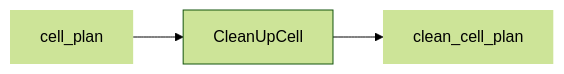
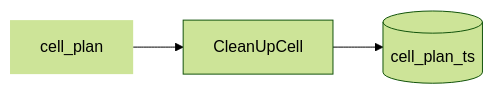
The fifth of 14 diagrams in README.md (djvanderlaan/pipeline), drawn with Mermaid (forest theme) before and after one commit.

Commit message:
Update README.md
cell_plan database

````diff
--- a/README.md
+++ b/README.md
@@ -55,7 +55,7 @@
 ```mermaid
 flowchart LR
 
-cell_plan:::data --> CleanUpCell --> clean_cell_plan:::data
+cell_plan:::data --> CleanUpCell --> clean_cell_plan_ts[(cell_plan_ts)]
 
 classDef data stroke-width:0px
 ```
````
